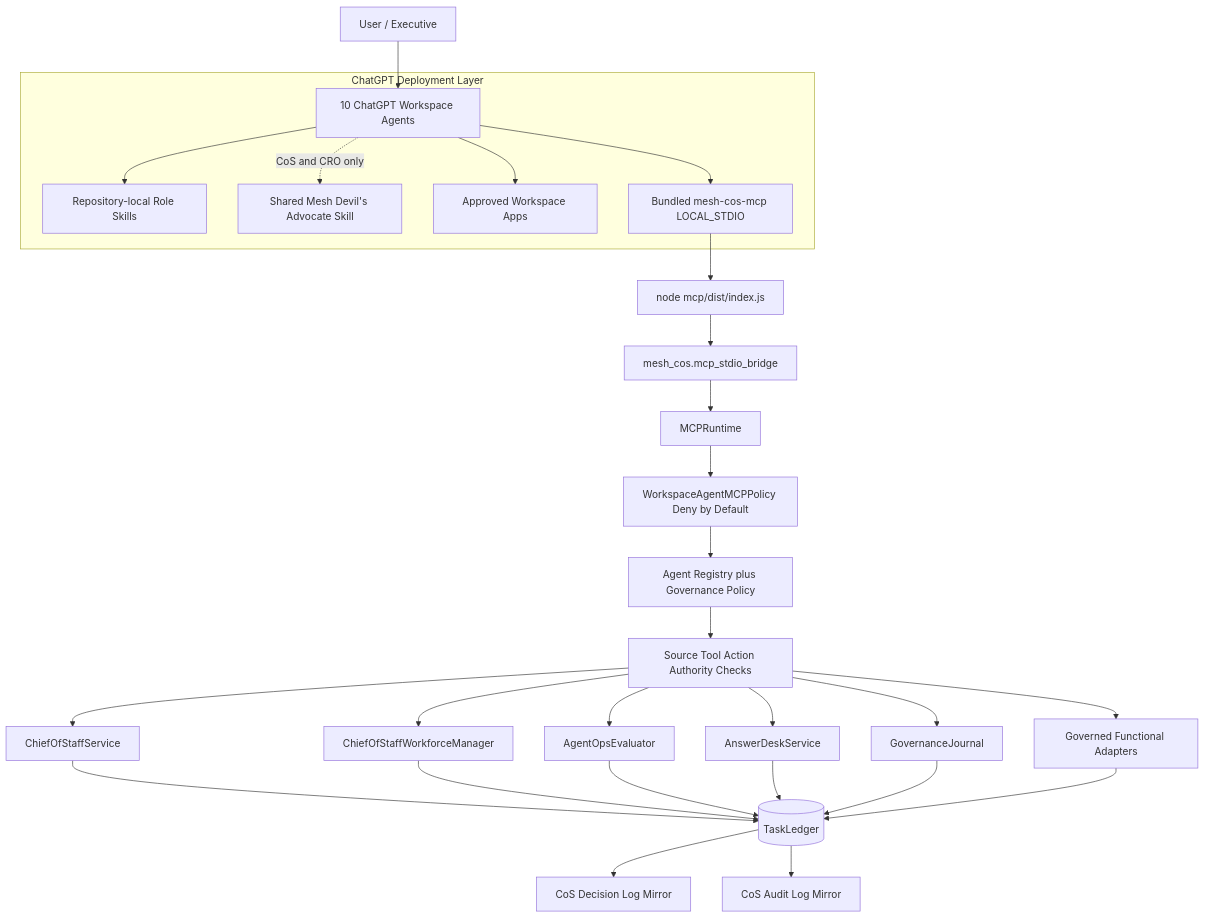
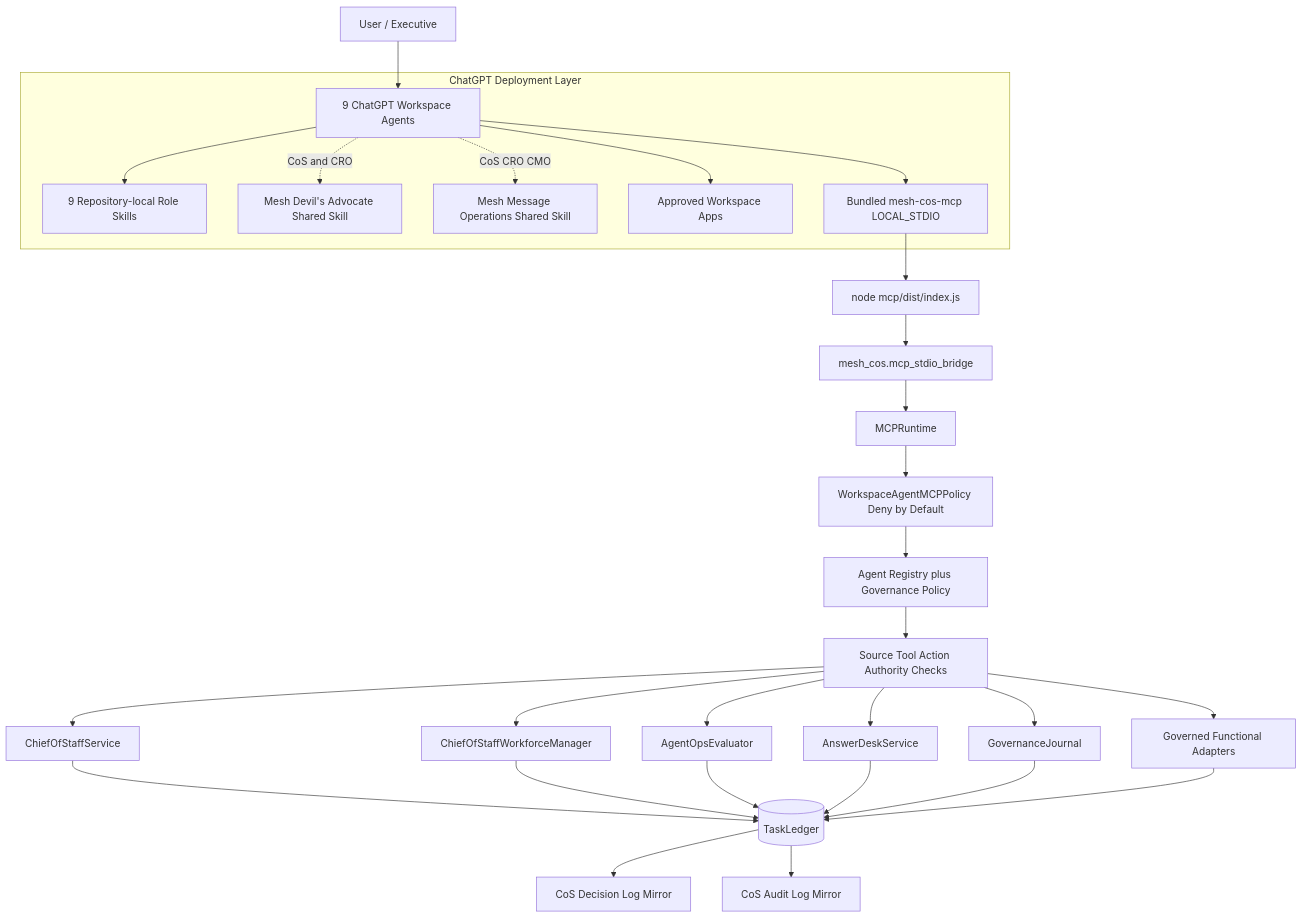
Before and after one commit to mkleinbe/mesh-ai-agent-cos-universe: the second of 3 diagrams in docs/architecture.md, drawn with Mermaid. The commit also changed other lines of this file, not shown here.

Commit message:
docs: refactor architecture to v3 shared message operations

````diff
--- a/docs/architecture.md
+++ b/docs/architecture.md
@@ -48,36 +57,38 @@
 ```mermaid
 flowchart TB
-    EXEC[User / Executive] --> WA[10 ChatGPT Workspace Agents]
+    EXEC[User / Executive] --> WA[9 ChatGPT Workspace Agents]
 
     subgraph CHATGPT[ChatGPT Deployment Layer]
-      ROLE[Repository-local Role Skills]
-      SHARED[Shared Mesh Devil's Advocate Skill]
+      ROLE[9 Repository-local Role Skills]
+      DA[Mesh Devil's Advocate Shared Skill]
+      MSG[Mesh Message Operations Shared Skill]
       APPS[Approved Workspace Apps]
       MCP[Bundled mesh-cos-mcp LOCAL_STDIO]
       WA --> ROLE
       WA --> APPS
       WA --> MCP
-      WA -. CoS and CRO only .-> SHARED
+      WA -. CoS and CRO .-> DA
+      WA -. CoS CRO CMO .-> MSG
     end
 
     MCP --> NODE[node mcp/dist/index.js]
     NODE --> BRIDGE[mesh_cos.mcp_stdio_bridge]
     BRIDGE --> RT[MCPRuntime]
     RT --> MCPPOL[WorkspaceAgentMCPPolicy Deny by Default]
     MCPPOL --> REG[Agent Registry plus Governance Policy]
     REG --> AUTH[Source Tool Action Authority Checks]
     AUTH --> COS[ChiefOfStaffService]
     AUTH --> WM[ChiefOfStaffWorkforceManager]
     AUTH --> AO[AgentOpsEvaluator]
     AUTH --> AD[AnswerDeskService]
     AUTH --> GOV[GovernanceJournal]
     AUTH --> FA[Governed Functional Adapters]
     COS --> LEDGER[(TaskLedger)]
     WM --> LEDGER
     AO --> LEDGER
     AD --> LEDGER
     GOV --> LEDGER
     FA --> LEDGER
     LEDGER --> DLOG[CoS Decision Log Mirror]
     LEDGER --> ALOG[CoS Audit Log Mirror]
 ```
````
